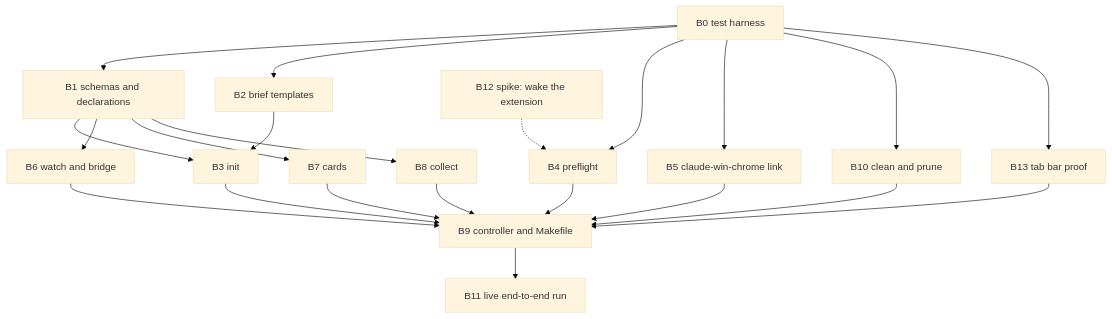
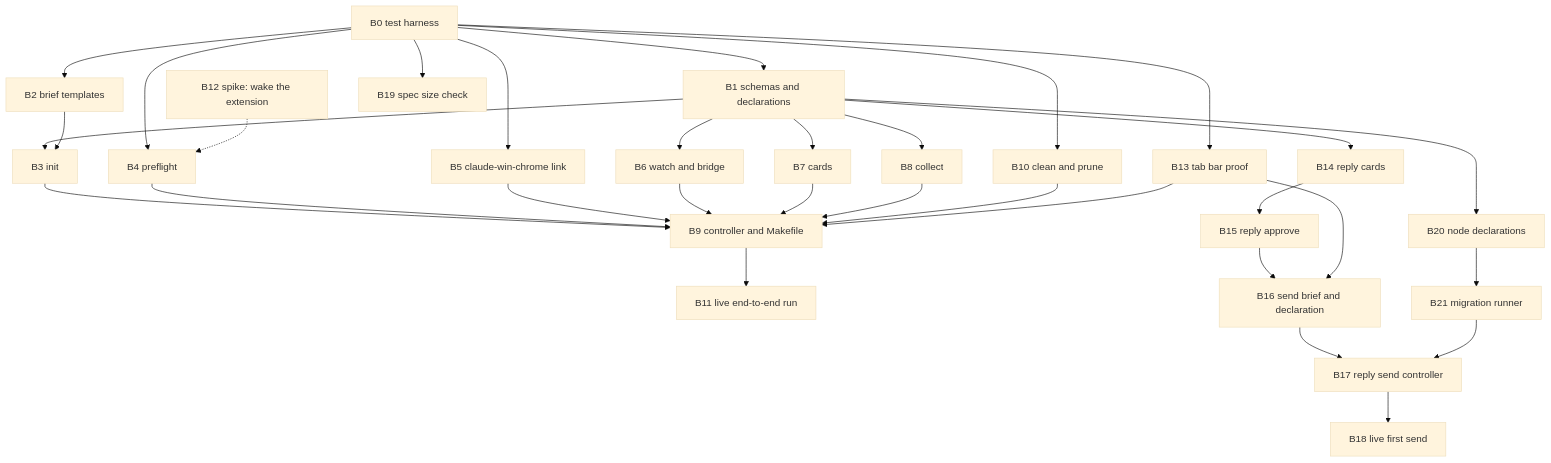
One commit to jkkelley/dotfiles changed the third of 5 diagrams in docs/design/inbox-sweep.md. Above: the diagram before and after it, drawn with Mermaid (base theme). The commit also changed other lines of this file and 2 other files, not shown here.

Commit message:
docs(design): LinkedIn reply DAG, versioned nodes, migrations and no-bottleneck check

````diff
--- a/docs/design/inbox-sweep.md
+++ b/docs/design/inbox-sweep.md
@@ -270,24 +273,34 @@
 ```mermaid
 flowchart TD
   B0[B0 test harness] --> B1[B1 schemas and declarations]
   B0 --> B2[B2 brief templates]
   B1 --> B3[B3 init]
   B2 --> B3
   B0 --> B4[B4 preflight]
   B0 --> B5[B5 claude-win-chrome link]
   B1 --> B6[B6 watch and bridge]
   B1 --> B7[B7 cards]
   B1 --> B8[B8 collect]
   B0 --> B10[B10 clean and prune]
   B3 --> B9[B9 controller and Makefile]
   B4 --> B9
   B5 --> B9
   B6 --> B9
   B7 --> B9
   B8 --> B9
   B10 --> B9
   B9 --> B11[B11 live end-to-end run]
   B0 --> B13[B13 tab bar proof]
   B13 --> B9
   B12[B12 spike: wake the extension] -.-> B4
+  B1 --> B14[B14 reply cards]
+  B14 --> B15[B15 reply approve]
+  B15 --> B16[B16 send brief and declaration]
+  B13 --> B16
+  B16 --> B17[B17 reply send controller]
+  B17 --> B18[B18 live first send]
+  B0 --> B19[B19 spec size check]
+  B1 --> B20[B20 node declarations]
+  B20 --> B21[B21 migration runner]
+  B21 --> B17
 ```
````
